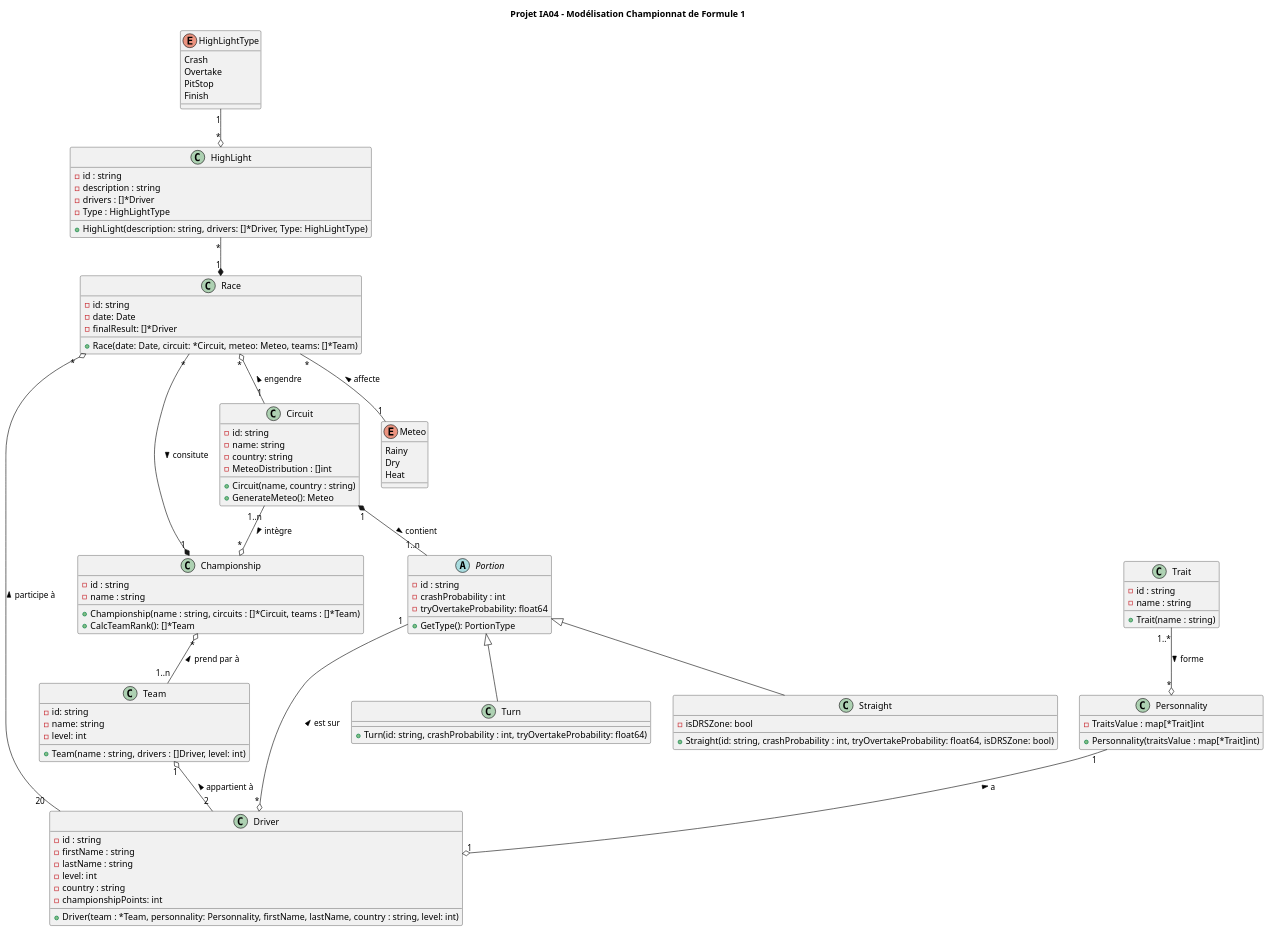
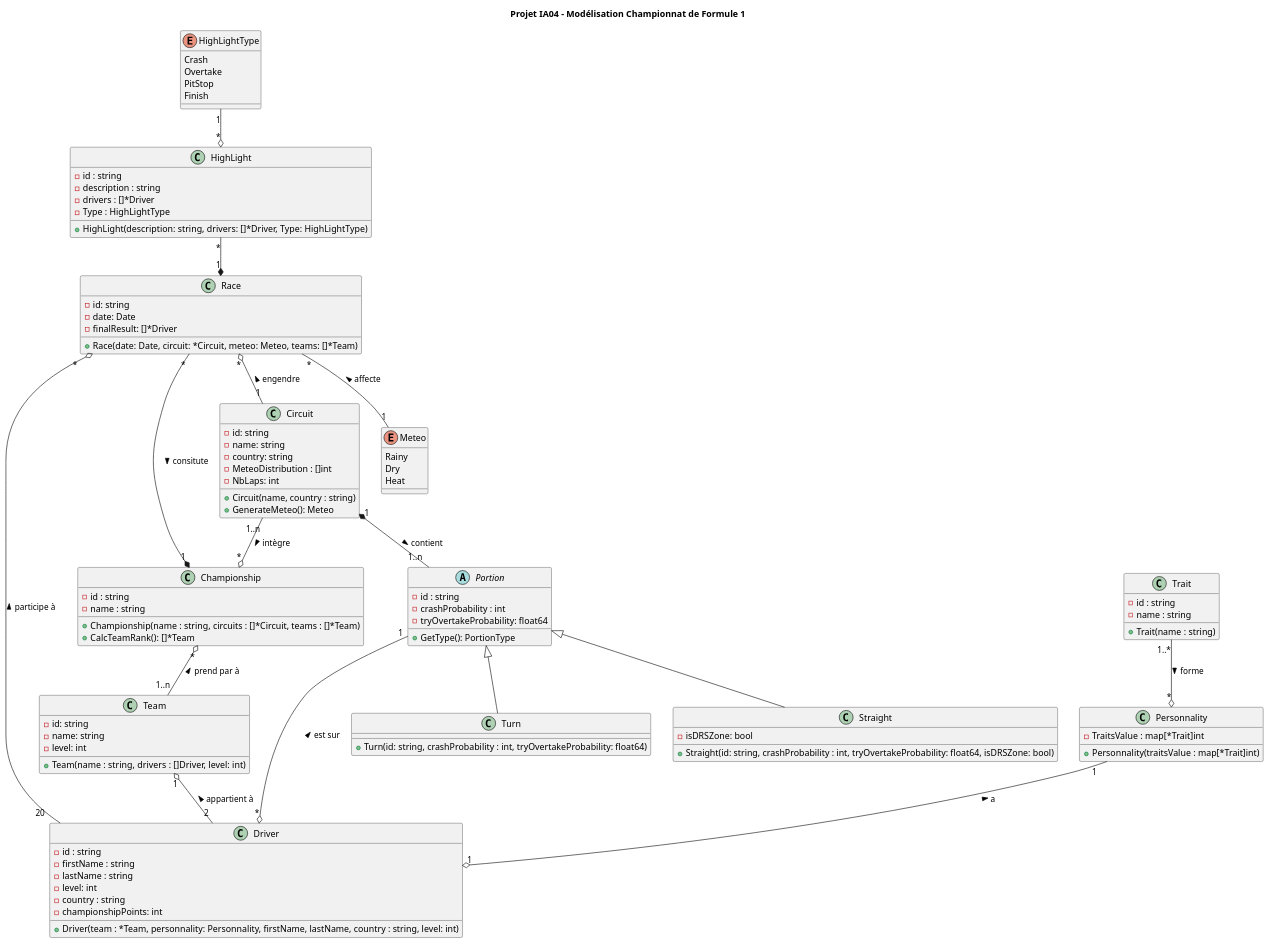
The diagram in projectUML.plantuml (DamienVaurs/formule-1-ia04), drawn with PlantUML before and after one commit. The commit also changed 13 other files, not shown here.

```diff
--- a/projectUML.plantuml
+++ b/projectUML.plantuml
@@ -1,126 +1,127 @@
 @startuml IA04 - Modélisation Championnat de Formule 1
 
 
 title Projet IA04 - Modélisation Championnat de Formule 1
 
 
 class Driver {
   - id : string
   - firstName : string
   - lastName : string
   - level: int
   - country : string
   - championshipPoints: int
 
   + Driver(team : *Team, personnality: Personnality, firstName, lastName, country : string, level: int)
   
   }
   
 class Team {
   - id: string
   - name: string
   - level: int
 
   + Team(name : string, drivers : []Driver, level: int)
 
 }
 
 class Circuit {
   - id: string
   - name: string
   - country: string
   - MeteoDistribution : []int
+  - NbLaps: int
 
   + Circuit(name, country : string)
   + GenerateMeteo(): Meteo
 }
 
 class Championship{
   - id : string
   - name : string
 
   + Championship(name : string, circuits : []*Circuit, teams : []*Team)
   + CalcTeamRank(): []*Team
 }
 
 class HighLight{
   - id : string
   - description : string
   - drivers : []*Driver
   - Type : HighLightType
 
   + HighLight(description: string, drivers: []*Driver, Type: HighLightType)
 }
 
 enum HighLightType{
   Crash
   Overtake
   PitStop
   Finish
 }
 
 enum Meteo{
   Rainy
   Dry
   Heat
 }
 
 class Personnality{
   - TraitsValue : map[*Trait]int
 
   + Personnality(traitsValue : map[*Trait]int)
 }
 
 class Trait{
   - id : string
   - name : string
 
   + Trait(name : string)
 }
 
 abstract class Portion{
   - id : string
   - crashProbability : int
   - tryOvertakeProbability: float64
 
   + GetType(): PortionType
 }
 
 
 class Turn{
 
   + Turn(id: string, crashProbability : int, tryOvertakeProbability: float64)
 }
 
 class Straight{
   - isDRSZone: bool
 
   + Straight(id: string, crashProbability : int, tryOvertakeProbability: float64, isDRSZone: bool)
 }
 
 class Race{
   - id: string
   - date: Date 
   - finalResult: []*Driver
 
   + Race(date: Date, circuit: *Circuit, meteo: Meteo, teams: []*Team)
 }
 
 HighLightType "1" --o "*" HighLight
 HighLight "*" --* "1" Race
 Race "*" o-- "20" Driver : participe à <
 Race "*" o-- "1" Circuit : engendre <
 Race "*" --* "1" Championship : consitute >
 Race "*" -- "1" Meteo : affecte <
 Circuit "1..n" --o "*" Championship : intègre >
 Circuit "1" *-- "1..n" Portion : contient >
 Portion  <|--  Turn
 Portion  <|--  Straight
 Portion "1" --o "*" Driver : est sur <
 Championship "*" o-- "1..n" Team : prend par à <
 Team "1" o-- "2" Driver : appartient à <
 Personnality "1" --o "1" Driver : a <
 Trait "1..*" --o "*" Personnality : forme >
 
 
 @enduml
```
